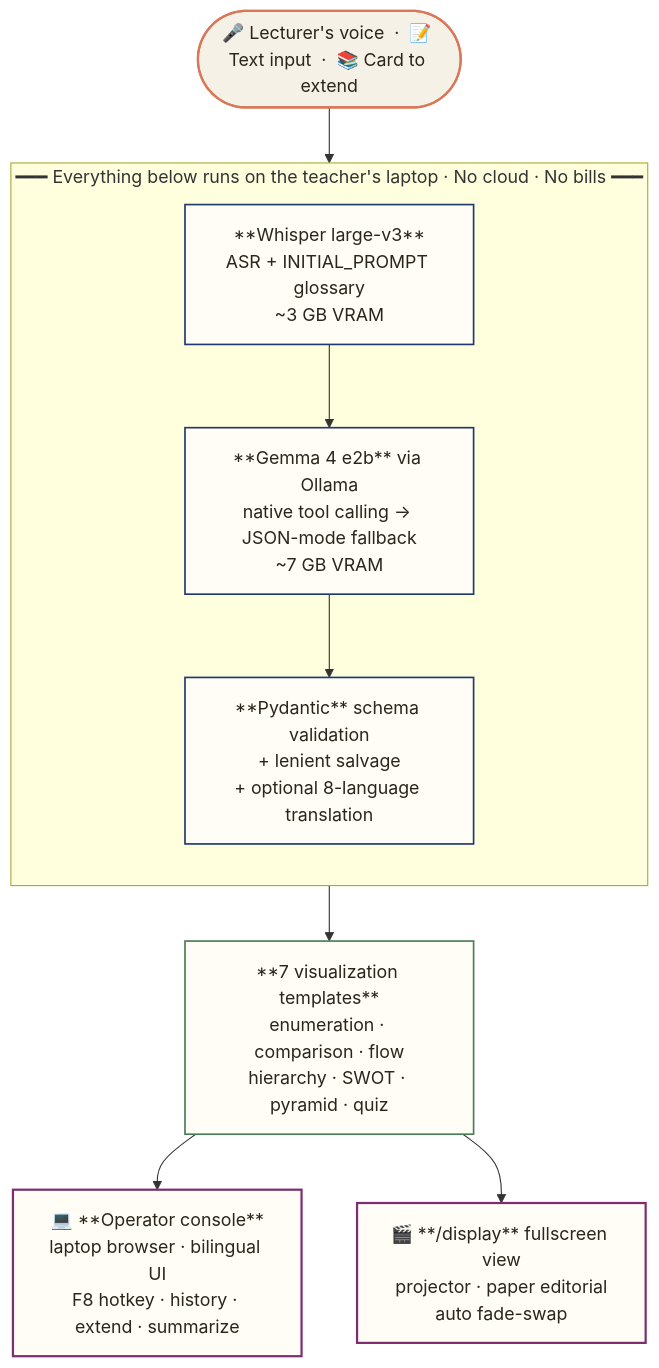
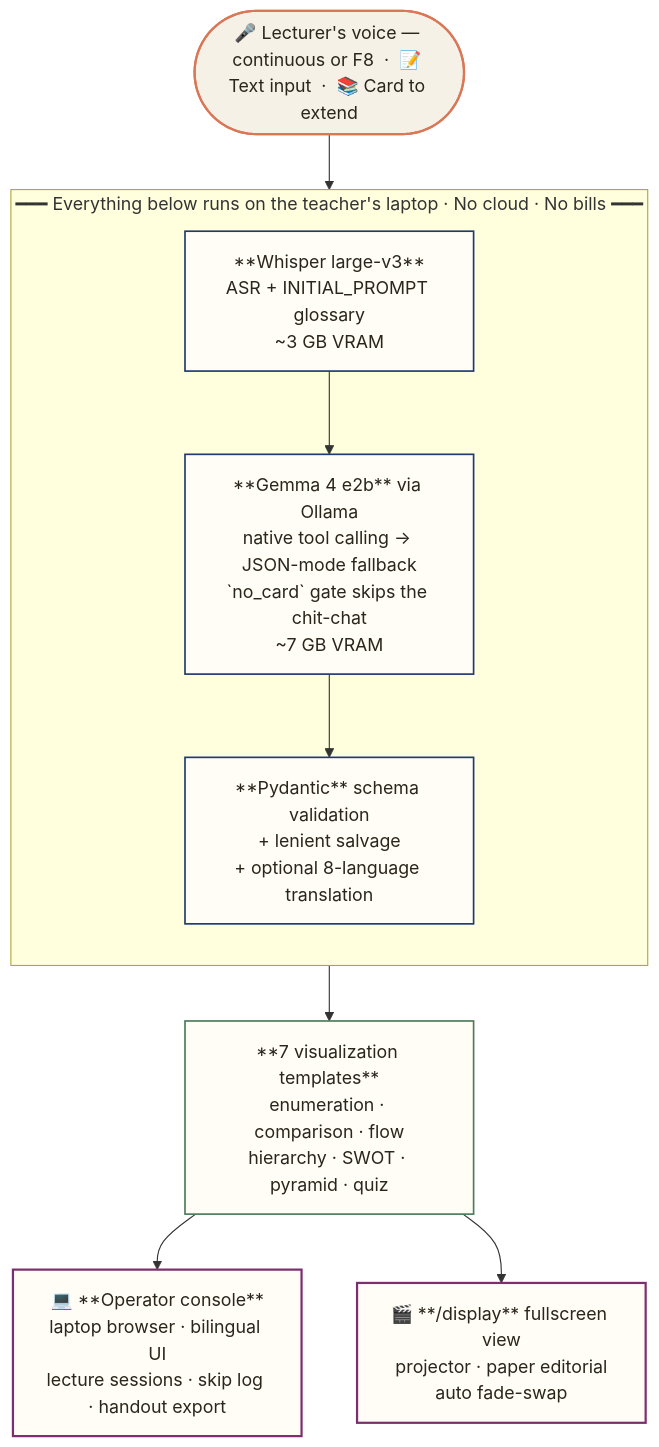
The diagram in README.md (dofliu/Sensei), drawn with Mermaid before and after one commit. The commit also changed other lines of this file and 9 other files, not shown here.

````diff
--- a/README.md
+++ b/README.md
@@ -22,26 +22,26 @@
 ```mermaid
 flowchart TB
-    A([🎤 Lecturer's voice &nbsp;·&nbsp; 📝 Text input &nbsp;·&nbsp; 📚 Card to extend])
+    A([🎤 Lecturer's voice — continuous or F8 &nbsp;·&nbsp; 📝 Text input &nbsp;·&nbsp; 📚 Card to extend])
     A --> B
 
     subgraph s1 ["━━━ Everything below runs on the teacher's laptop · No cloud · No bills ━━━"]
         direction TB
         B["**Whisper large-v3**<br/>ASR + INITIAL_PROMPT glossary<br/>~3 GB VRAM"]
-        C["**Gemma 4 e2b** via Ollama<br/>native tool calling → JSON-mode fallback<br/>~7 GB VRAM"]
+        C["**Gemma 4 e2b** via Ollama<br/>native tool calling → JSON-mode fallback<br/>`no_card` gate skips the chit-chat<br/>~7 GB VRAM"]
         D["**Pydantic** schema validation<br/>+ lenient salvage<br/>+ optional 8-language translation"]
         B --> C --> D
     end
 
     D --> E["**7 visualization templates**<br/>enumeration · comparison · flow<br/>hierarchy · SWOT · pyramid · quiz"]
-    E --> F["💻 **Operator console**<br/>laptop browser · bilingual UI<br/>F8 hotkey · history · extend · summarize"]
+    E --> F["💻 **Operator console**<br/>laptop browser · bilingual UI<br/>lecture sessions · skip log · handout export"]
     E --> G["🎬 **/display** fullscreen view<br/>projector · paper editorial<br/>auto fade-swap"]
 
     classDef input fill:#f6f1e6,stroke:#D97757,stroke-width:2px,color:#29261b
     classDef process fill:#fffdf6,stroke:#1F3A6E,stroke-width:1.5px,color:#29261b
     classDef render fill:#fffdf6,stroke:#4A7C59,stroke-width:1.5px,color:#29261b
     classDef output fill:#fffdf6,stroke:#7D2E6E,stroke-width:2px,color:#29261b
     class A input
     class B,C,D process
     class E render
     class F,G output
 ```
````
